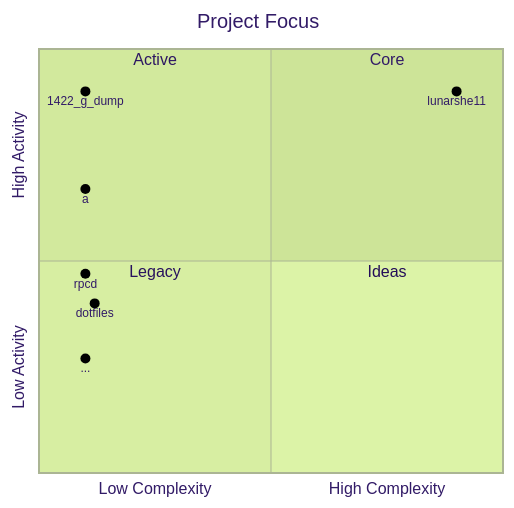
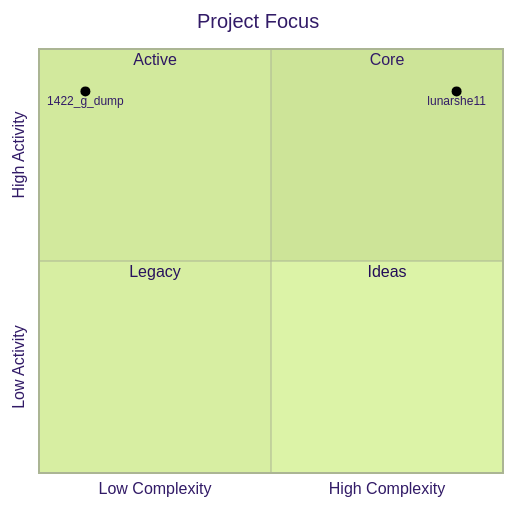
The first of 3 diagrams in README.md (lunarshe11/lunarshe11), drawn with Mermaid (forest theme) before and after one commit. The commit also changed other lines of this file, not shown here.

````diff
--- a/README.md
+++ b/README.md
@@ -13,16 +13,12 @@
 ```mermaid
 quadrantChart
     title Project Focus
     x-axis Low Complexity --> High Complexity
     y-axis Low Activity --> High Activity
     quadrant-1 Core
     quadrant-2 Active
     quadrant-3 Legacy
     quadrant-4 Ideas
     lunarshe11: [0.9, 0.9]
     1422_g_dump: [0.1, 0.9]
-    a: [0.1, 0.67]
-    rpcd: [0.1, 0.47]
-    dotfiles: [0.12, 0.4]
-    ...: [0.1, 0.27]
 ```
````
